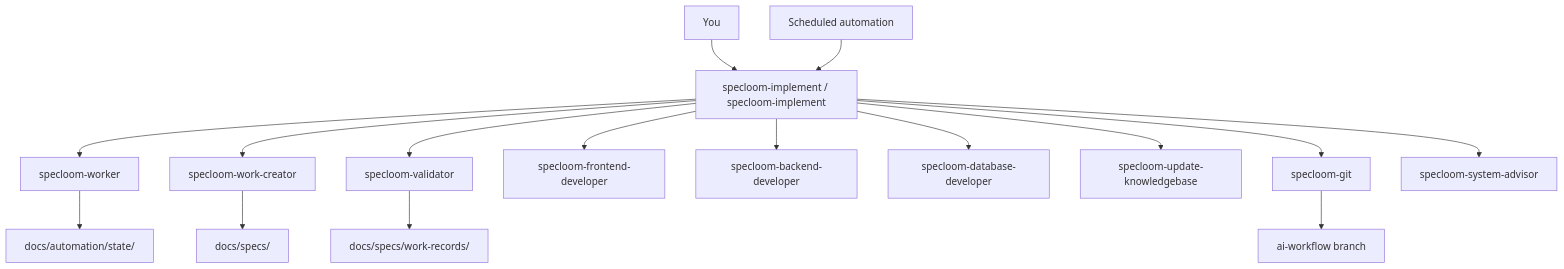
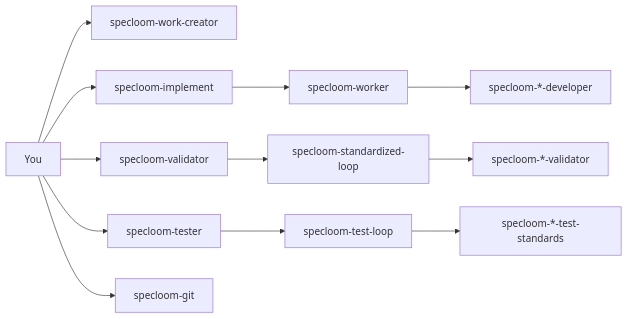
Before and after one commit to AIHeart-Professional/specloom: the diagram in README.md, drawn with Mermaid. The commit also changed other lines of this file and 25 other files, not shown here.

````diff
--- a/README.md
+++ b/README.md
@@ -127,20 +132,18 @@
 ```mermaid
-flowchart TB
-  USER[You] --> PL[specloom-implement / specloom-implement]
-  AUTO[Scheduled automation] --> PL
+flowchart LR
+  USER[You]
 
-  PL --> WC[specloom-worker]
-  PL --> TW[specloom-work-creator]
-  PL --> QA[specloom-validator]
-  PL --> FE[specloom-frontend-developer]
-  PL --> BE[specloom-backend-developer]
-  PL --> DB[specloom-database-developer]
-  PL --> RK[specloom-update-knowledgebase]
-  PL --> RE[specloom-git]
-  PL --> SA[specloom-system-advisor]
+  USER --> WC[specloom-work-creator]
+  USER --> IMP[specloom-implement]
+  USER --> VAL[specloom-validator]
+  USER --> TST[specloom-tester]
+  USER --> GIT[specloom-git]
 
-  WC --> STATE[docs/automation/state/]
-  TW --> SPECS[docs/specs/]
-  QA --> WR[docs/specs/work-records/]
-  RE --> GIT[ai-workflow branch]
+  IMP --> WRK[specloom-worker]
+  VAL --> STD[specloom-standardized-loop]
+  TST --> TLP[specloom-test-loop]
+
+  WRK --> DEV[specloom-*-developer]
+  STD --> VLD[specloom-*-validator]
+  TLP --> TSTSTD[specloom-*-test-standards]
 ```
````
